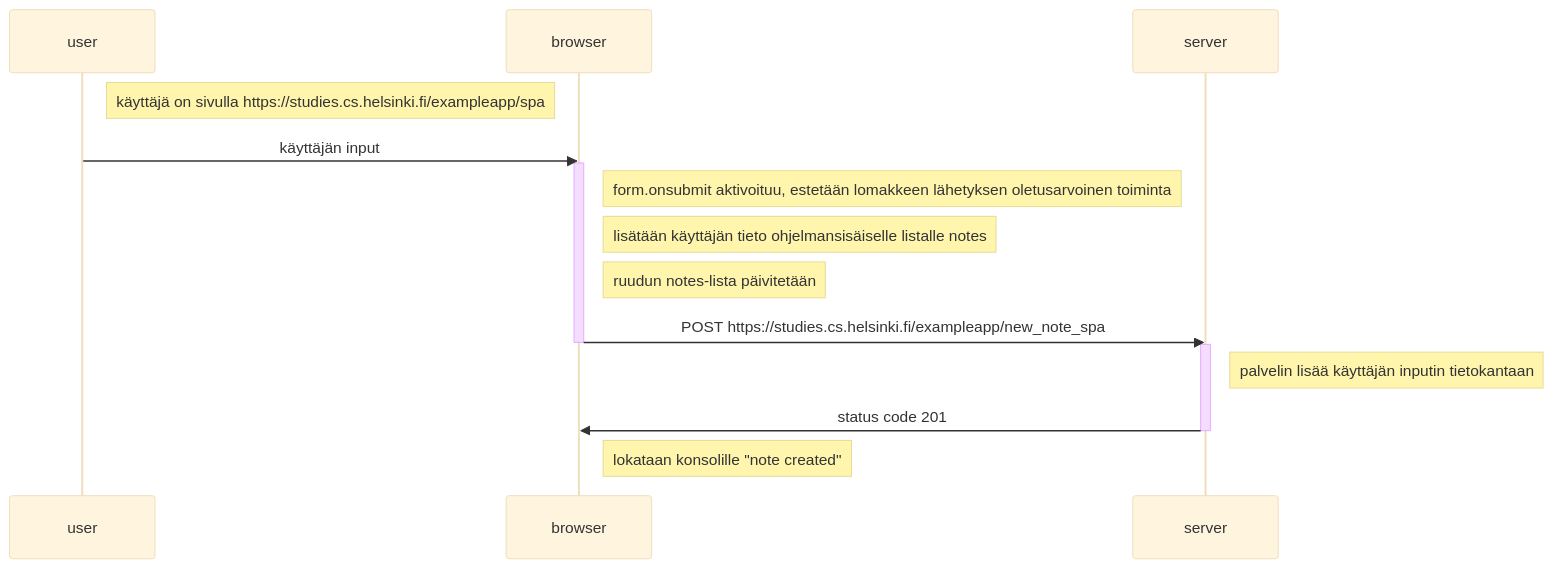
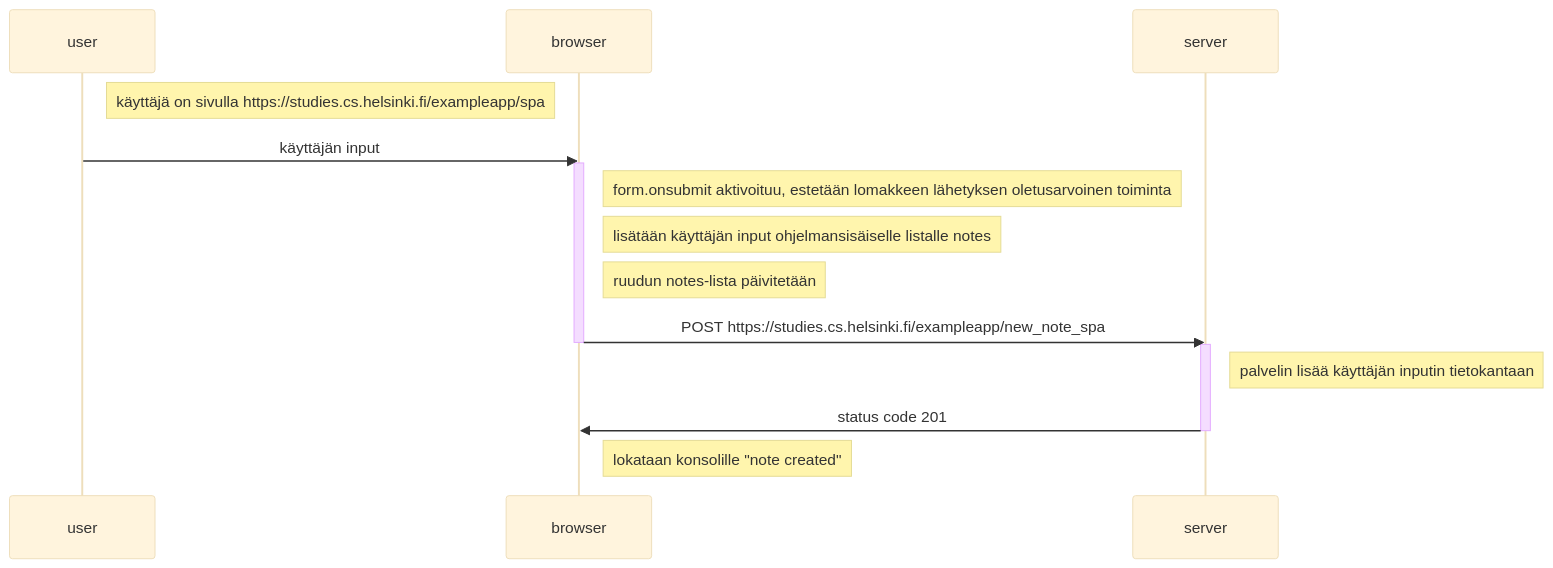
Before and after one commit to moocjsi/mooc-harj03: the diagram in mermaid-test9.md, drawn with Mermaid (base theme).

````diff
--- a/mermaid-test9.md
+++ b/mermaid-test9.md
@@ -2,25 +2,25 @@
 ```mermaid
 sequenceDiagram
     participant user
     participant browser
     participant server
 
     Note right of user: käyttäjä on sivulla https://studies.cs.helsinki.fi/exampleapp/spa
     user->>browser: käyttäjän input
 
     activate browser
     Note right of browser: form.onsubmit aktivoituu, estetään lomakkeen lähetyksen oletusarvoinen toiminta
-    Note right of browser: lisätään käyttäjän tieto ohjelmansisäiselle listalle notes
+    Note right of browser: lisätään käyttäjän input ohjelmansisäiselle listalle notes
     Note right of browser: ruudun notes-lista päivitetään
     browser->>server: POST https://studies.cs.helsinki.fi/exampleapp/new_note_spa
     deactivate browser
 
     activate server
     Note right of server: palvelin lisää käyttäjän inputin tietokantaan
     server->>browser: status code 201
     deactivate server
 
     Note right of browser: lokataan konsolille "note created"
 
 
 ```
````
